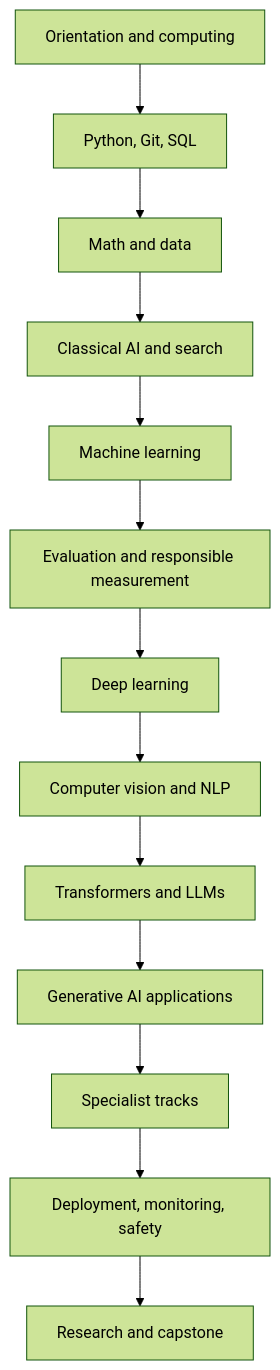
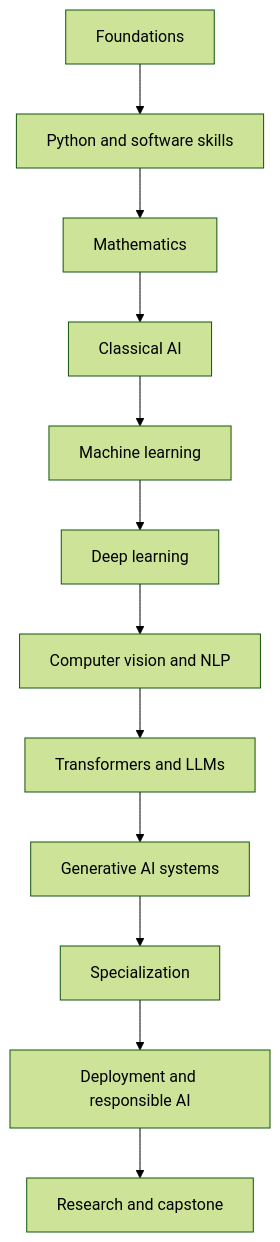
The diagram in course/README.md (kavinash0310/ai-from-scratch), drawn with Mermaid (forest theme) before and after one commit. The commit also changed other lines of this file and 76 other files, not shown here.

````diff
--- a/course/README.md
+++ b/course/README.md
@@ -9,15 +9,14 @@
 ```mermaid
 flowchart TD
-    A[Orientation and computing] --> B[Python, Git, SQL]
-    B --> C[Math and data]
-    C --> D[Classical AI and search]
+    A[Foundations] --> B[Python and software skills]
+    B --> C[Mathematics]
+    C --> D[Classical AI]
     D --> E[Machine learning]
-    E --> F[Evaluation and responsible measurement]
-    F --> G[Deep learning]
-    G --> H[Computer vision and NLP]
-    H --> I[Transformers and LLMs]
-    I --> J[Generative AI applications]
-    J --> K[Specialist tracks]
-    K --> L[Deployment, monitoring, safety]
-    L --> M[Research and capstone]
+    E --> F[Deep learning]
+    F --> G[Computer vision and NLP]
+    G --> H[Transformers and LLMs]
+    H --> I[Generative AI systems]
+    I --> J[Specialization]
+    J --> K[Deployment and responsible AI]
+    K --> L[Research and capstone]
 ```
````
